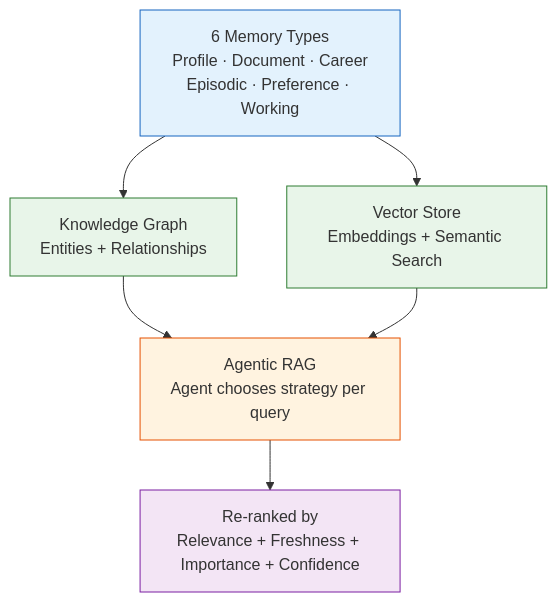
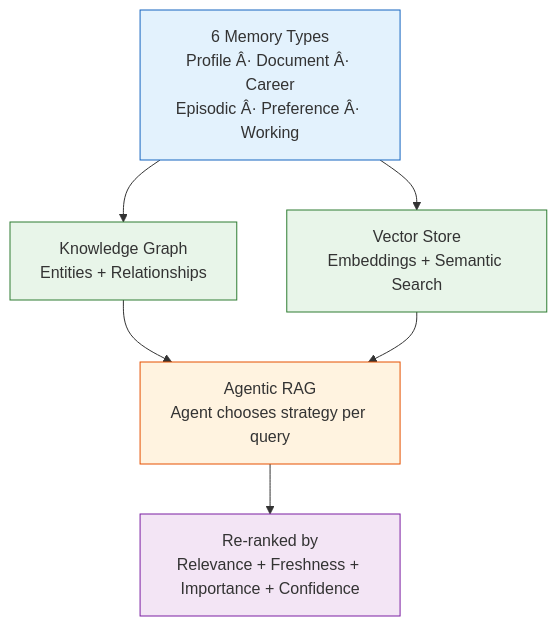
The second of 3 diagrams in Docs/AI/README.md (Driftloom/Vaeloom), drawn with Mermaid before and after one commit. The commit also changed other lines of this file and 249 other files, not shown here.

````diff
--- a/Docs/AI/README.md
+++ b/Docs/AI/README.md
@@ -72,19 +72,19 @@
 ```mermaid
 graph TD
-    MT["6 Memory Types<br/>Profile · Document · Career<br/>Episodic · Preference · Working"]
+    MT["6 Memory Types<br/>Profile Â· Document Â· Career<br/>Episodic Â· Preference Â· Working"]
     MT --> KG["Knowledge Graph<br/>Entities + Relationships"]
     MT --> VS["Vector Store<br/>Embeddings + Semantic Search"]
     KG --> RAG["Agentic RAG<br/>Agent chooses strategy per query"]
     VS --> RAG
     RAG --> RR["Re-ranked by<br/>Relevance + Freshness + Importance + Confidence"]
 
     classDef mem fill:#e3f2fd,stroke:#1565c0
     classDef store fill:#e8f5e9,stroke:#2e7d32
     classDef rag fill:#fff3e0,stroke:#e65100
     classDef rank fill:#f3e5f5,stroke:#7b1fa2
 
     class MT mem
     class KG,VS store
     class RAG rag
     class RR rank
 ```
````
